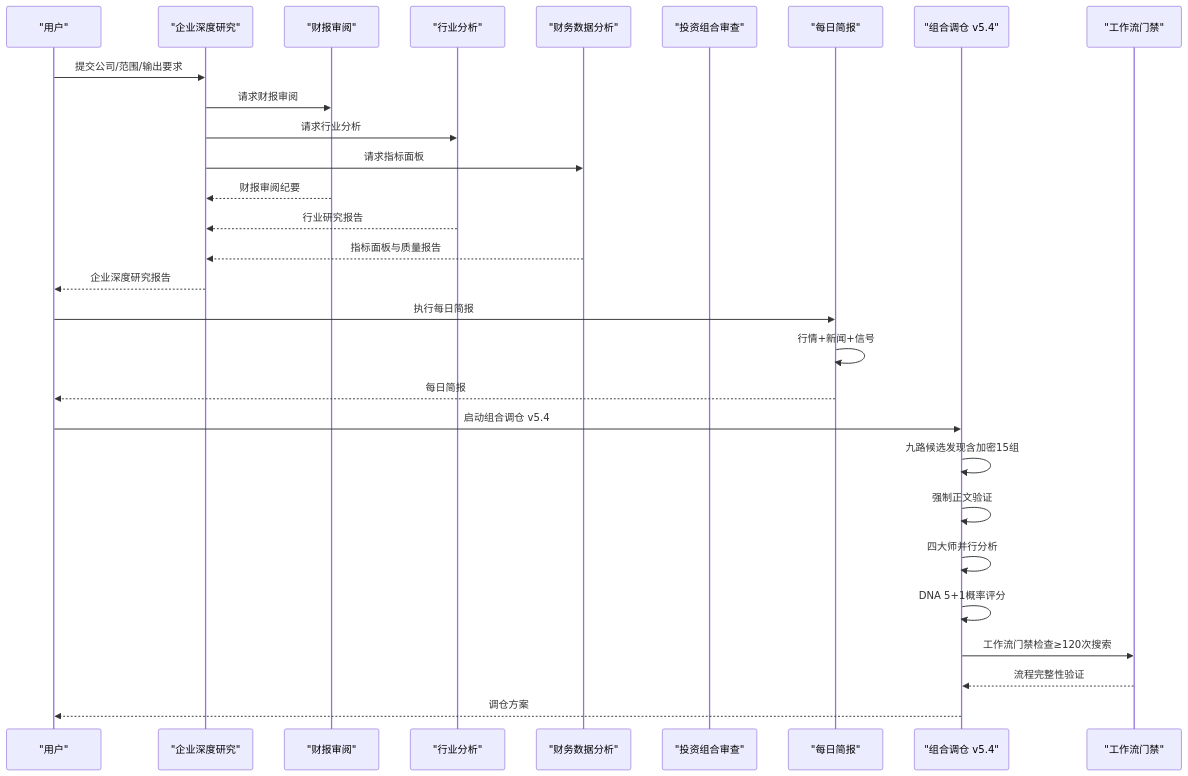
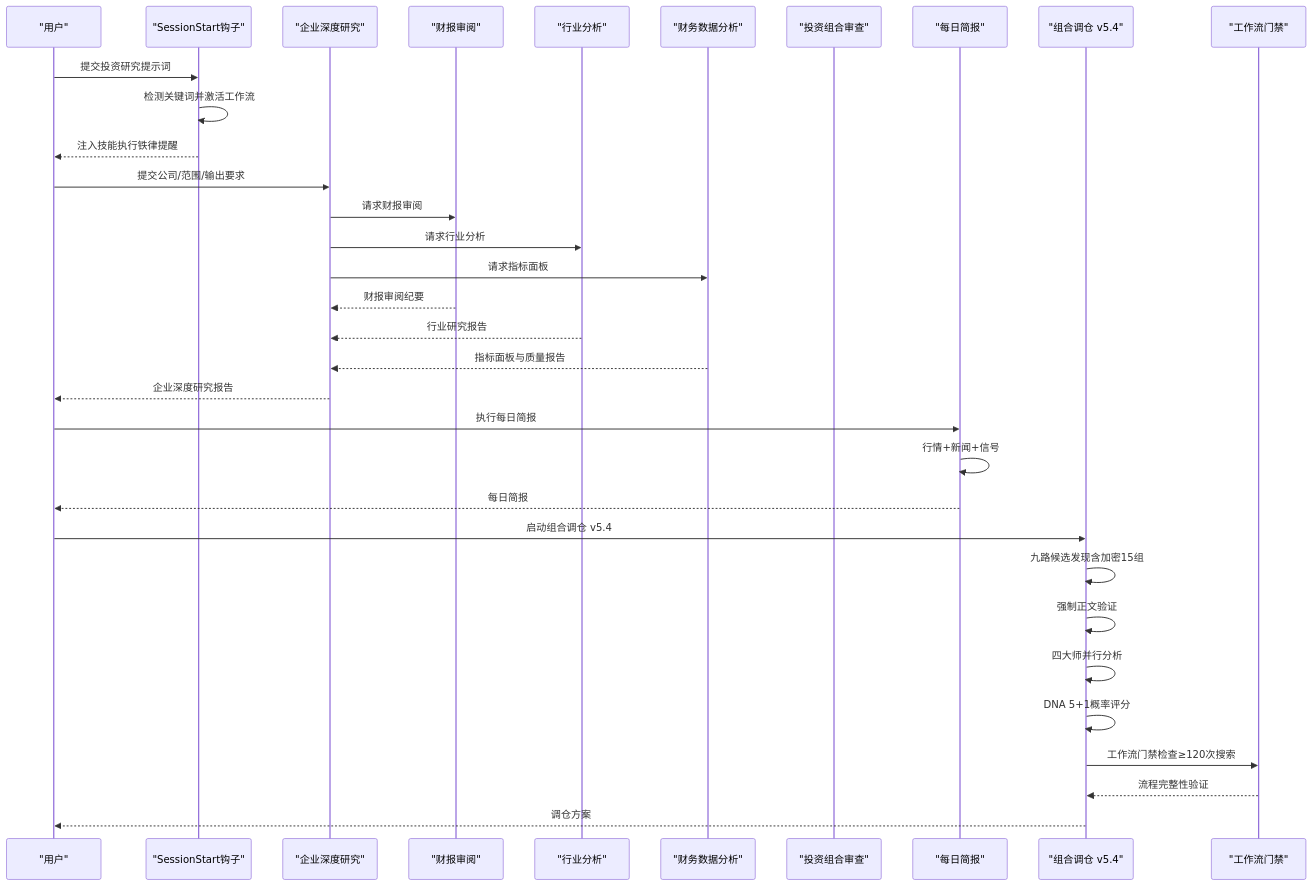
Before and after one commit to Ted-Engineer/ai-berkshire: the third of 4 diagrams in .qoder/repowiki/zh/content/AI技能系统/核心投资研究技能/核心投资研究技能.md, drawn with Mermaid. The commit also changed other lines of this file and 16 other files, not shown here.

````diff
--- a/.qoder/repowiki/zh/content/AI技能系统/核心投资研究技能/核心投资研究技能.md
+++ b/.qoder/repowiki/zh/content/AI技能系统/核心投资研究技能/核心投资研究技能.md
@@ -644,31 +689,35 @@
 ```mermaid
 sequenceDiagram
 participant U as "用户"
+participant SH as "SessionStart钩子"
 participant IR as "企业深度研究"
 participant ER as "财报审阅"
 participant IRR as "行业分析"
 participant FD as "财务数据分析"
 participant PR as "投资组合审查"
 participant DB as "每日简报"
 participant PB as "组合调仓 v5.4"
 participant WG as "工作流门禁"
+U->>SH : 提交投资研究提示词
+SH->>SH : 检测关键词并激活工作流
+SH-->>U : 注入技能执行铁律提醒
 U->>IR : 提交公司/范围/输出要求
 IR->>ER : 请求财报审阅
 IR->>IRR : 请求行业分析
 IR->>FD : 请求指标面板
 ER-->>IR : 财报审阅纪要
 IRR-->>IR : 行业研究报告
 FD-->>IR : 指标面板与质量报告
 IR-->>U : 企业深度研究报告
 U->>DB : 执行每日简报
 DB->>DB : 行情+新闻+信号
 DB-->>U : 每日简报
 U->>PB : 启动组合调仓 v5.4
 PB->>PB : 九路候选发现含加密15组
 PB->>PB : 强制正文验证
 PB->>PB : 四大师并行分析
 PB->>PB : DNA 5+1概率评分
 PB->>WG : 工作流门禁检查≥120次搜索
 WG-->>PB : 流程完整性验证
 PB-->>U : 调仓方案
 ```
````
